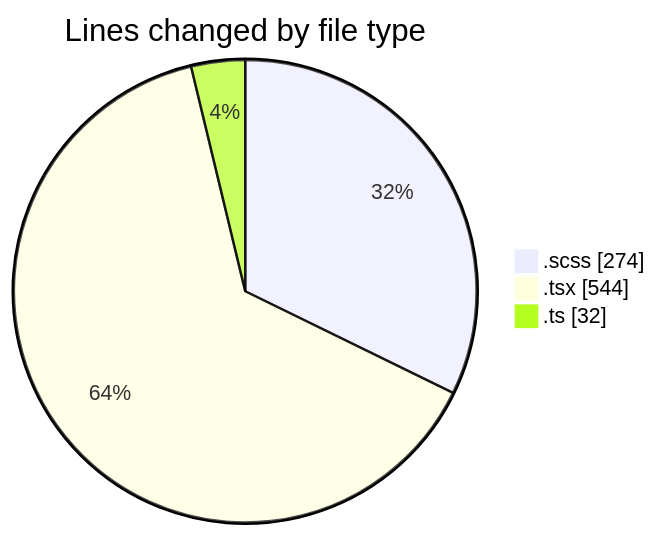
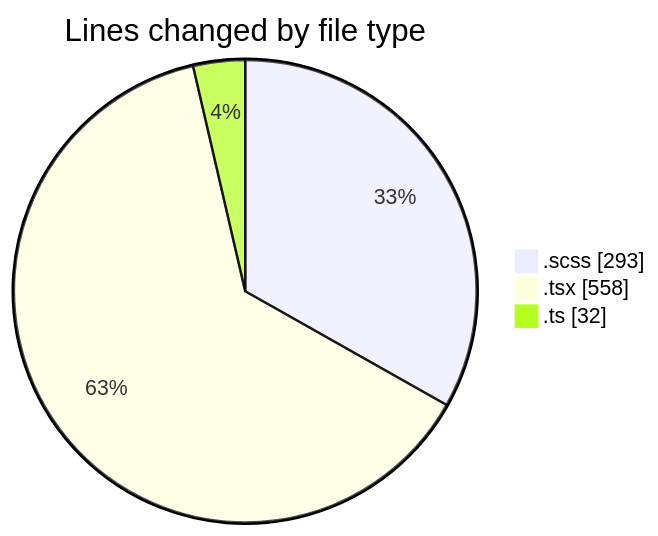
Before and after one commit to momahboobian/code-tracking: the first of 2 diagrams in 2025-03-04/cda/README.md, drawn with Mermaid. The commit also changed other lines of this file and 1 other file, not shown here.

````diff
--- a/2025-03-04/cda/README.md
+++ b/2025-03-04/cda/README.md
@@ -25,7 +25,7 @@
 ```mermaid
 pie showData
 title Lines changed by file type
-".scss" : 274
-".tsx" : 544
+".scss" : 293
+".tsx" : 558
 ".ts" : 32
 ```
````
